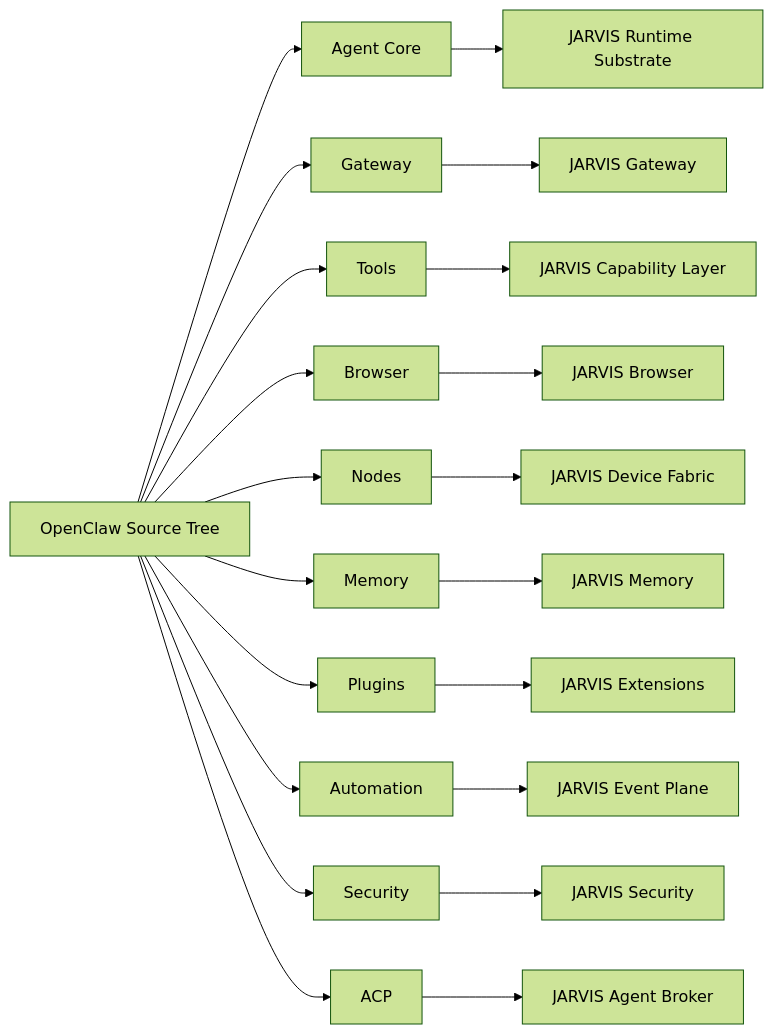
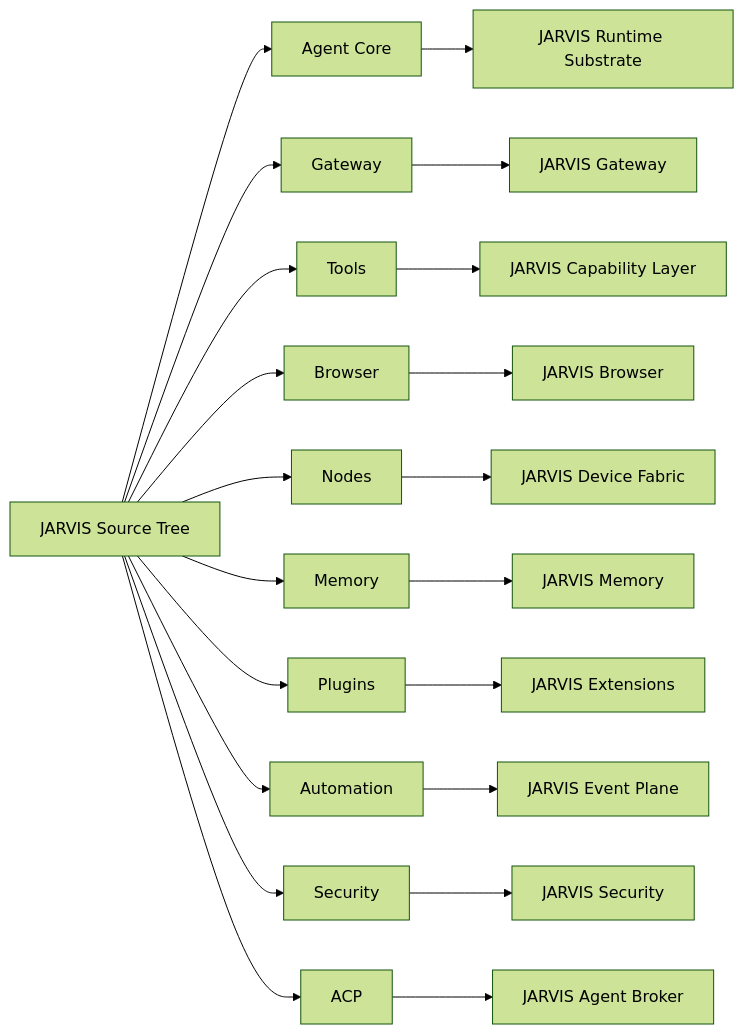
One commit to deepakrakshit/jarvis-ai changed diagram 28 of 28 in ARCHITECTURE.md. Above: the diagram before and after it, drawn with Mermaid (forest theme). The commit also changed other lines of this file and 270 other files, not shown here.

First line of the commit message:
refactor(core): streamline native execution substrate runtime and documentation architecture

````diff
--- a/ARCHITECTURE.md
+++ b/ARCHITECTURE.md
@@ -6997,24 +6997,24 @@
 ```mermaid
 flowchart LR
-    OC[OpenClaw Source Tree] --> A1[Agent Core]
+    OC[JARVIS Source Tree] --> A1[Agent Core]
     OC --> A2[Gateway]
     OC --> A3[Tools]
     OC --> A4[Browser]
     OC --> A5[Nodes]
     OC --> A6[Memory]
     OC --> A7[Plugins]
     OC --> A8[Automation]
     OC --> A9[Security]
     OC --> A10[ACP]
 
     A1 --> J1[JARVIS Runtime Substrate]
     A2 --> J2[JARVIS Gateway]
     A3 --> J3[JARVIS Capability Layer]
     A4 --> J4[JARVIS Browser]
     A5 --> J5[JARVIS Device Fabric]
     A6 --> J6[JARVIS Memory]
     A7 --> J7[JARVIS Extensions]
     A8 --> J8[JARVIS Event Plane]
     A9 --> J9[JARVIS Security]
     A10 --> J10[JARVIS Agent Broker]
 ```
````
